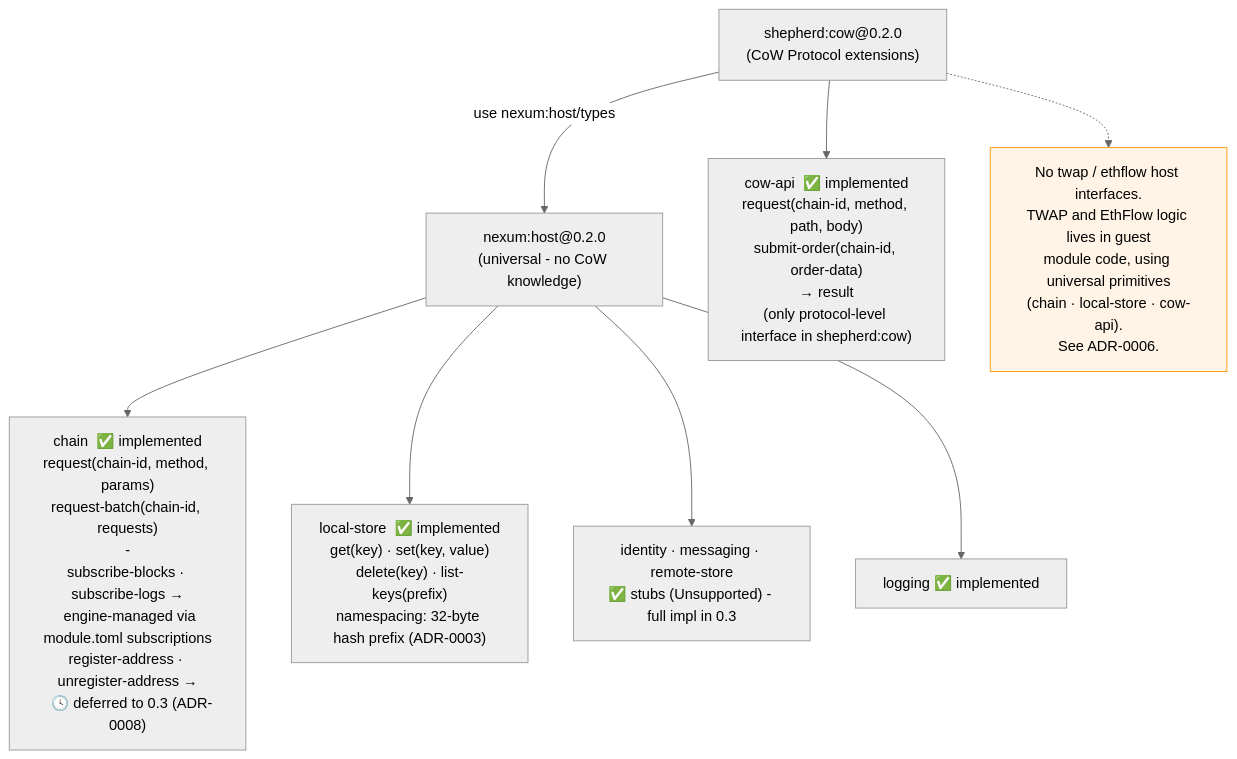
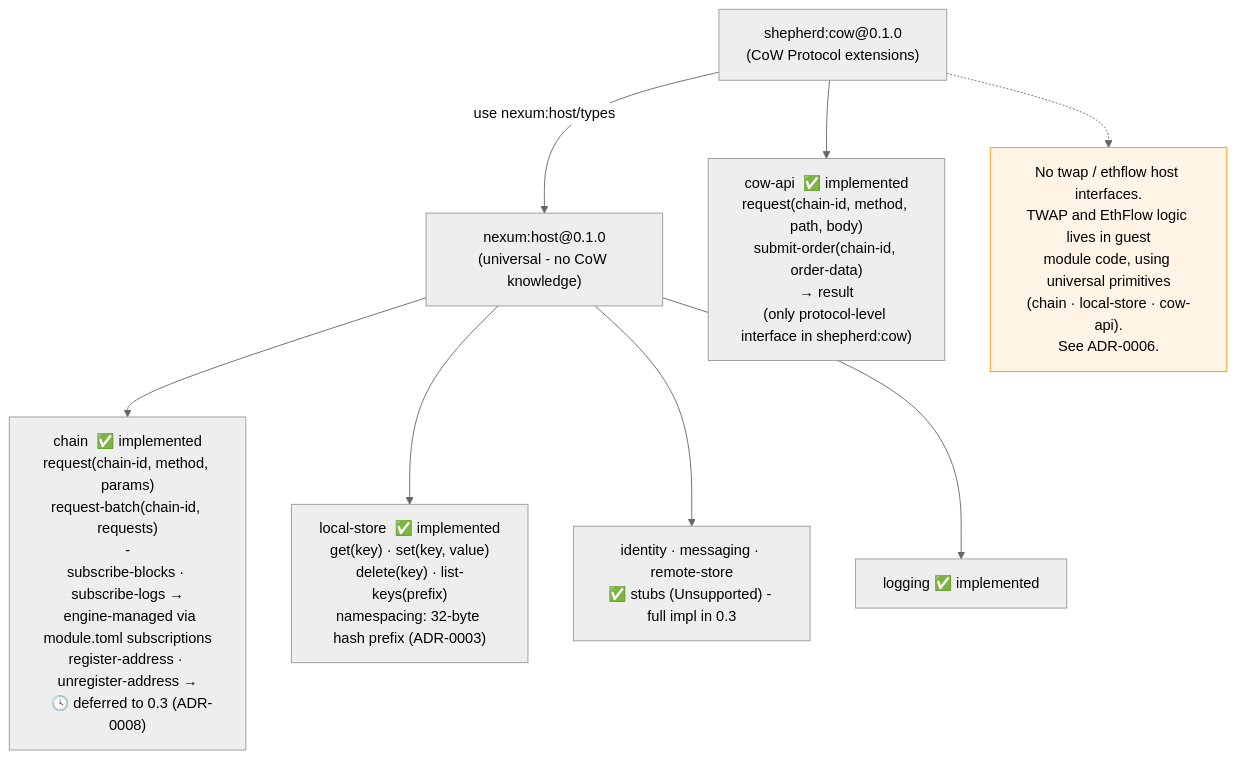
One commit to nullislabs/shepherd changed the third of 8 diagrams in docs/diagrams/diagrams.md. Above: the diagram before and after it, drawn with Mermaid (neutral theme). The commit also changed other lines of this file and 28 other files, not shown here.

````diff
--- a/docs/diagrams/diagrams.md
+++ b/docs/diagrams/diagrams.md
@@ -162,18 +162,18 @@
 ```mermaid
 graph TD
-    NH["nexum:host@0.2.0\n(universal - no CoW knowledge)"]
-    SC["shepherd:cow@0.2.0\n(CoW Protocol extensions)"]
+    NH["nexum:host@0.1.0\n(universal - no CoW knowledge)"]
+    SC["shepherd:cow@0.1.0\n(CoW Protocol extensions)"]
 
     NH --> n1["chain  ✅ implemented\nrequest(chain-id, method, params)\nrequest-batch(chain-id, requests)\n - \nsubscribe-blocks · subscribe-logs →\n  engine-managed via module.toml subscriptions\nregister-address · unregister-address →\n  🕓 deferred to 0.3 (ADR-0008)"]
     NH --> n2["local-store  ✅ implemented\nget(key) · set(key, value)\ndelete(key) · list-keys(prefix)\nnamespacing: 32-byte hash prefix (ADR-0003)"]
     NH --> n3["identity · messaging · remote-store\n✅ stubs (Unsupported) - full impl in 0.3"]
     NH --> n4["logging  ✅ implemented"]
 
     SC -->|"use nexum:host/types"| NH
     SC --> s1["cow-api  ✅ implemented\nrequest(chain-id, method, path, body)\nsubmit-order(chain-id, order-data)\n→ result<string, cow-api-error>\n(only protocol-level interface in shepherd:cow)"]
 
     note1["No twap / ethflow host interfaces.\nTWAP and EthFlow logic lives in guest\nmodule code, using universal primitives\n(chain · local-store · cow-api).\nSee ADR-0006."]
     SC -.-> note1
 
     style note1 fill:#fff4e6,stroke:#ff9800,color:#000
 ```
````
